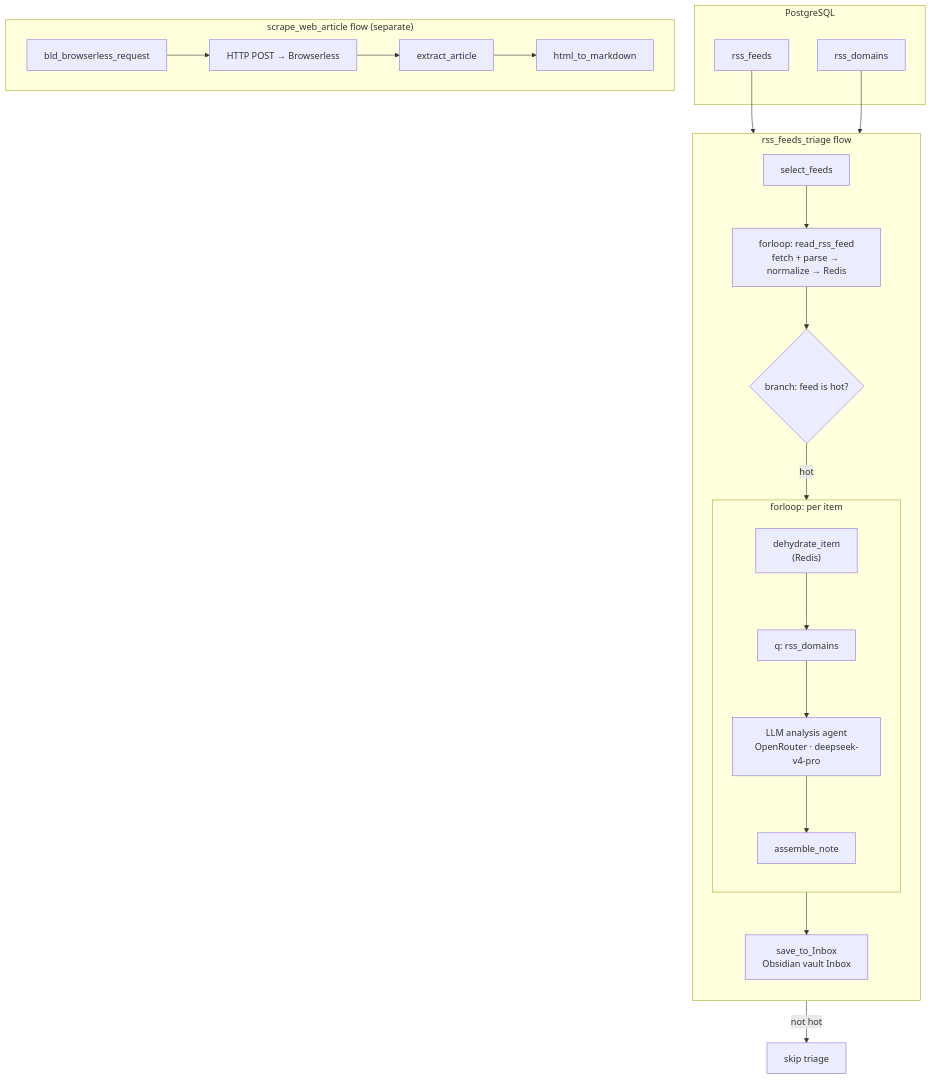
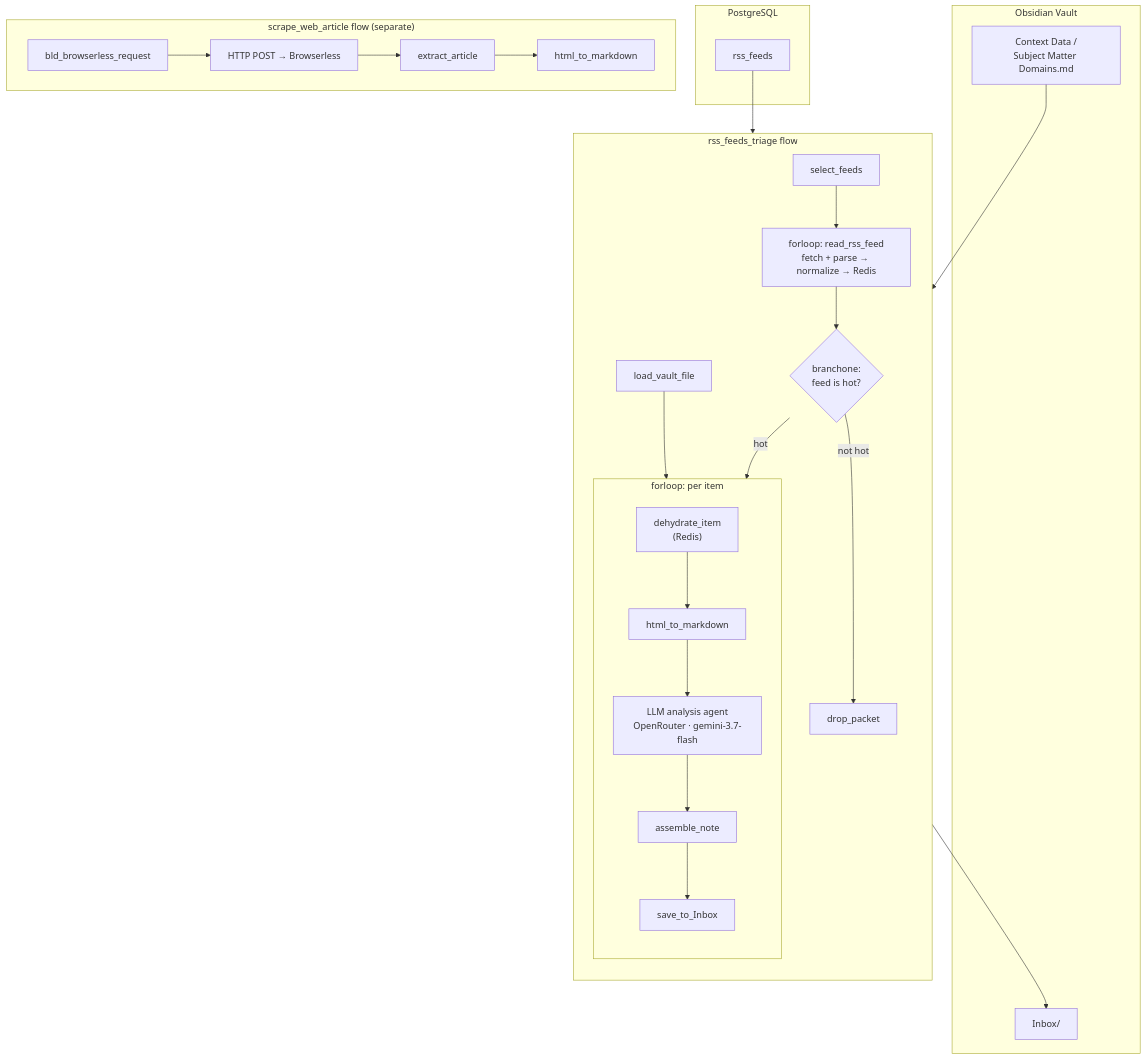
The diagram in README.md (WetHat/obsidian-windmill-agents), drawn with Mermaid before and after one commit. The commit also changed other lines of this file, not shown here.

Commit message:
docs: Update README for vault-based domains and revised triage pipeline

````diff
--- a/README.md
+++ b/README.md
@@ -13,44 +13,52 @@
 ```mermaid
 flowchart TD
     subgraph DB["PostgreSQL"]
         RSS["rss_feeds"]
-        DOM["rss_domains"]
+    end
+
+    subgraph VAULT["Obsidian Vault"]
+        DOM["Context Data /<br/>Subject Matter Domains.md"]
+        INBOX["Inbox/"]
     end
 
     subgraph TRIAGE["rss_feeds_triage flow"]
         direction TB
         SEL["select_feeds"]
+        LD["load_vault_file"]
         READ["forloop: read_rss_feed<br/>fetch + parse → normalize → Redis"]
-        HOT{"branch: feed is hot?"}
+        HOT{"branchone:<br/>feed is hot?"}
         subgraph ITEM["forloop: per item"]
             direction TB
             DEHY["dehydrate_item<br/>(Redis)"]
-            Q["q: rss_domains"]
-            LLM["LLM analysis agent<br/>OpenRouter · deepseek-v4-pro"]
+            MD["html_to_markdown"]
+            LLM["LLM analysis agent<br/>OpenRouter · gemini-3.7-flash"]
             NOTE["assemble_note"]
+            SAVE["save_to_Inbox"]
         end
-        INBOX["save_to_Inbox<br/>Obsidian vault Inbox"]
+        COLD["drop_packet"]
     end
 
     subgraph SCRAPE["scrape_web_article flow (separate)"]
         direction LR
         BLD["bld_browserless_request"]
         POST["HTTP POST → Browserless"]
         EXT["extract_article"]
-        MD["html_to_markdown"]
+        HMD["html_to_markdown"]
     end
 
     RSS --> SEL
-    DOM --> Q
+    DOM --> LD
     SEL --> READ
+    LD --> LLM
     READ --> HOT
-    HOT -- "hot" --> DEHY
-    HOT -- "not hot" --> SKIP["skip triage"]
-    DEHY --> Q
-    Q --> LLM
+    HOT -- "hot" --> ITEM
+    HOT -- "not hot" --> COLD
+    DEHY --> MD
+    MD --> LLM
     LLM --> NOTE
-    NOTE --> INBOX
+    NOTE --> SAVE
+    SAVE --> INBOX
     BLD --> POST
     POST --> EXT
-    EXT --> MD
+    EXT --> HMD
 ```
````
